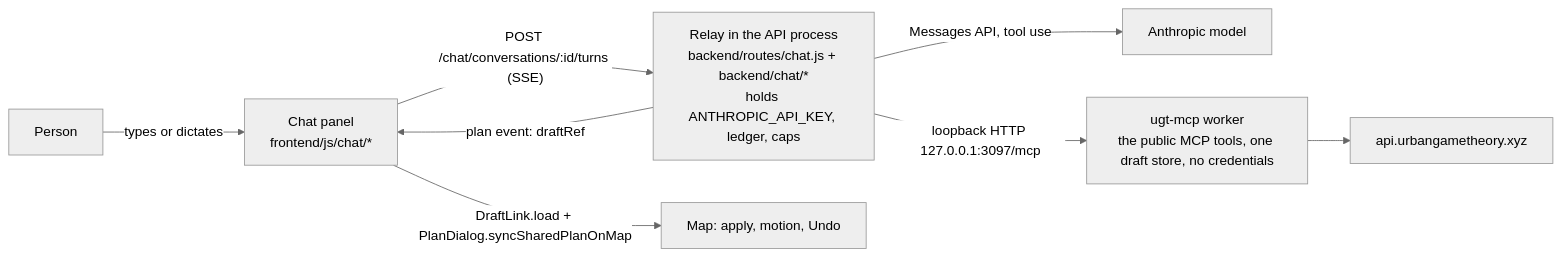
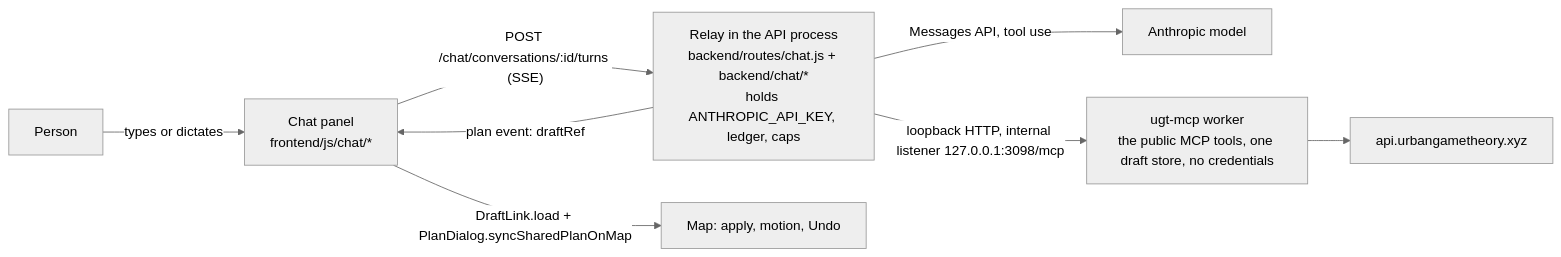
One commit to Poglavar/consensus-builder changed the diagram in docs/chat-agent.md. Above: the diagram before and after it, drawn with Mermaid (neutral theme). The commit also changed other lines of this file and 1 other file, not shown here.

````diff
--- a/docs/chat-agent.md
+++ b/docs/chat-agent.md
@@ -23,10 +23,10 @@
 ```mermaid
 flowchart LR
     P[Person] -- types or dictates --> PANEL[Chat panel<br/>frontend/js/chat/*]
     PANEL -- "POST /chat/conversations/:id/turns (SSE)" --> RELAY["Relay in the API process<br/>backend/routes/chat.js + backend/chat/*<br/>holds ANTHROPIC_API_KEY, ledger, caps"]
     RELAY -- Messages API, tool use --> LLM[Anthropic model]
-    RELAY -- "loopback HTTP 127.0.0.1:3097/mcp" --> MCP["ugt-mcp worker<br/>the public MCP tools, one draft store, no credentials"]
+    RELAY -- "loopback HTTP, internal listener 127.0.0.1:3098/mcp" --> MCP["ugt-mcp worker<br/>the public MCP tools, one draft store, no credentials"]
     MCP --> API[api.urbangametheory.xyz]
     RELAY -- "plan event: draftRef" --> PANEL
     PANEL -- "DraftLink.load + PlanDialog.syncSharedPlanOnMap" --> MAP[Map: apply, motion, Undo]
 ```
````
